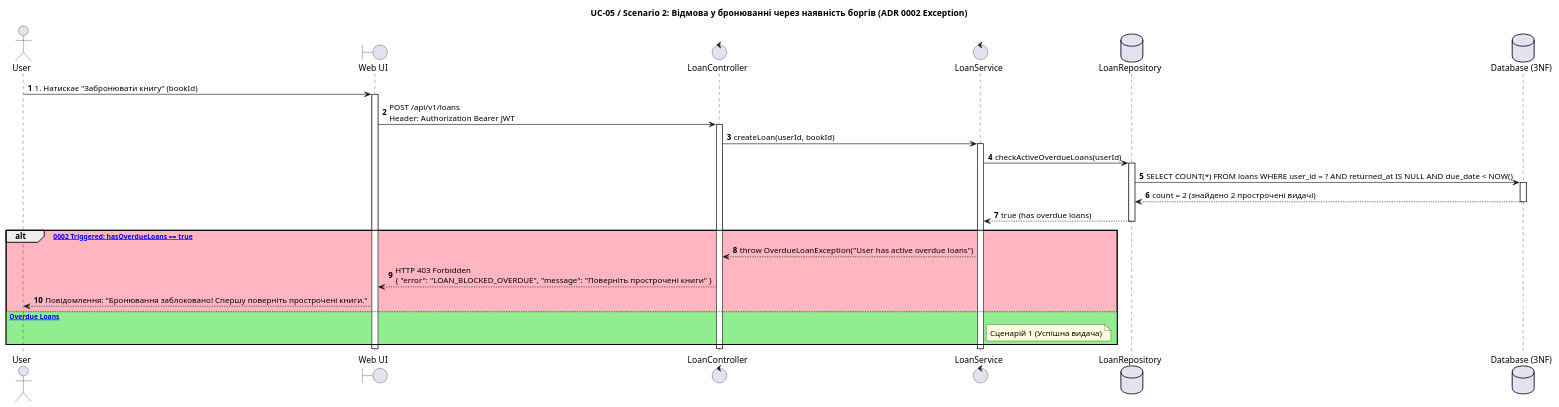
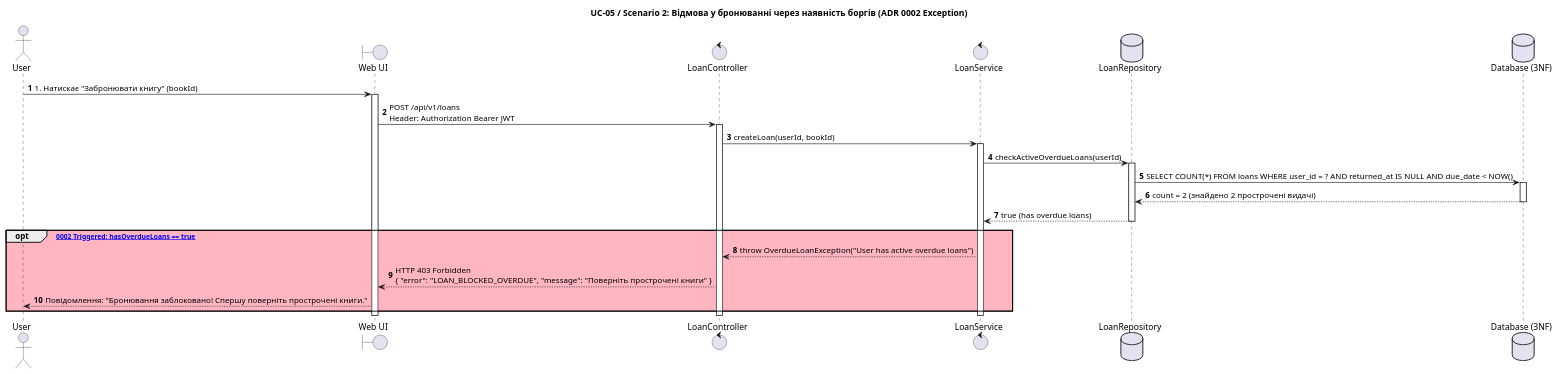
Before and after one commit to drashpul451/-: the diagram in лаб3/diagrams/scenario-2-overdue-blocked.puml, drawn with PlantUML.

Commit message:
Refactor diagram to use opt instead of alt for blocking

```diff
--- a/лаб3/diagrams/scenario-2-overdue-blocked.puml
+++ b/лаб3/diagrams/scenario-2-overdue-blocked.puml
@@ -1,46 +1,44 @@
 @startuml
 title UC-05 / Scenario 2: Відмова у бронюванні через наявність боргів (ADR 0002 Exception)
 autonumber
 skinparam backgroundColor #FFFFFF
 skinparam shadowing false
 skinparam BoxPadding 10
 
 actor "User" as User
 boundary "Web UI" as UI
 control "LoanController" as API
 control "LoanService" as Service
 database "LoanRepository" as LoanRepo
 database "Database (3NF)" as DB
 
 User -> UI : 1. Натискає "Забронювати книгу" (bookId)
 activate UI
 
 UI -> API : POST /api/v1/loans\nHeader: Authorization Bearer JWT
 activate API
 
 API -> Service : createLoan(userId, bookId)
 activate Service
 
 Service -> LoanRepo : checkActiveOverdueLoans(userId)
 activate LoanRepo
 LoanRepo -> DB : SELECT COUNT(*) FROM loans WHERE user_id = ? AND returned_at IS NULL AND due_date < NOW()
 activate DB
 DB --> LoanRepo : count = 2 (знайдено 2 прострочені видачі)
 deactivate DB
 LoanRepo --> Service : true (has overdue loans)
 deactivate LoanRepo
 
-' ----- Альтернативна гілка блокування -----
-alt #LightPink [ADR 0002 Triggered: hasOverdueLoans == true]
+' ----- Використовуємо opt замість alt/else з порожньою гілкою -----
+opt #LightPink [ADR 0002 Triggered: hasOverdueLoans == true]
     Service --> API : throw OverdueLoanException("User has active overdue loans")
     API --> UI : HTTP 403 Forbidden\n{ "error": "LOAN_BLOCKED_OVERDUE", "message": "Поверніть прострочені книги" }
     UI --> User : Повідомлення: "Бронювання заблоковано! Спершу поверніть прострочені книги."
-else #LightGreen [No Overdue Loans]
-    note right of Service: Сценарій 1 (Успішна видача)
 end
 
 deactivate Service
 deactivate API
 deactivate UI
 
 @enduml
```
